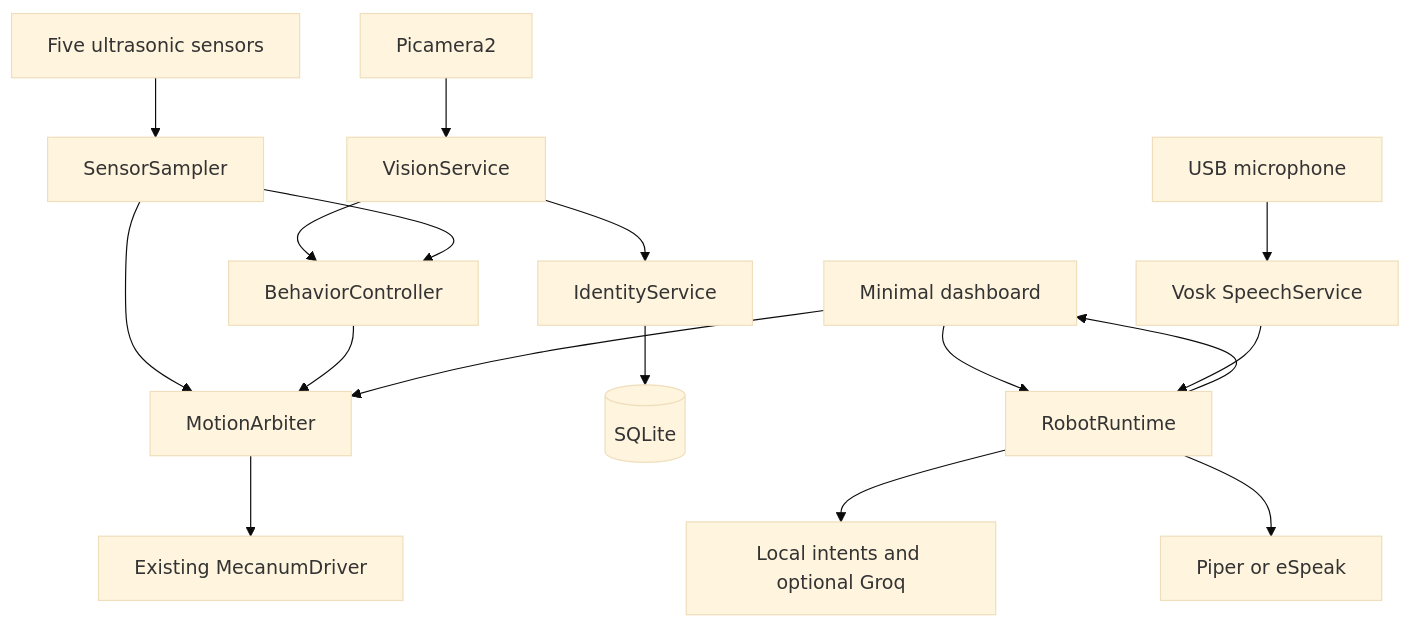
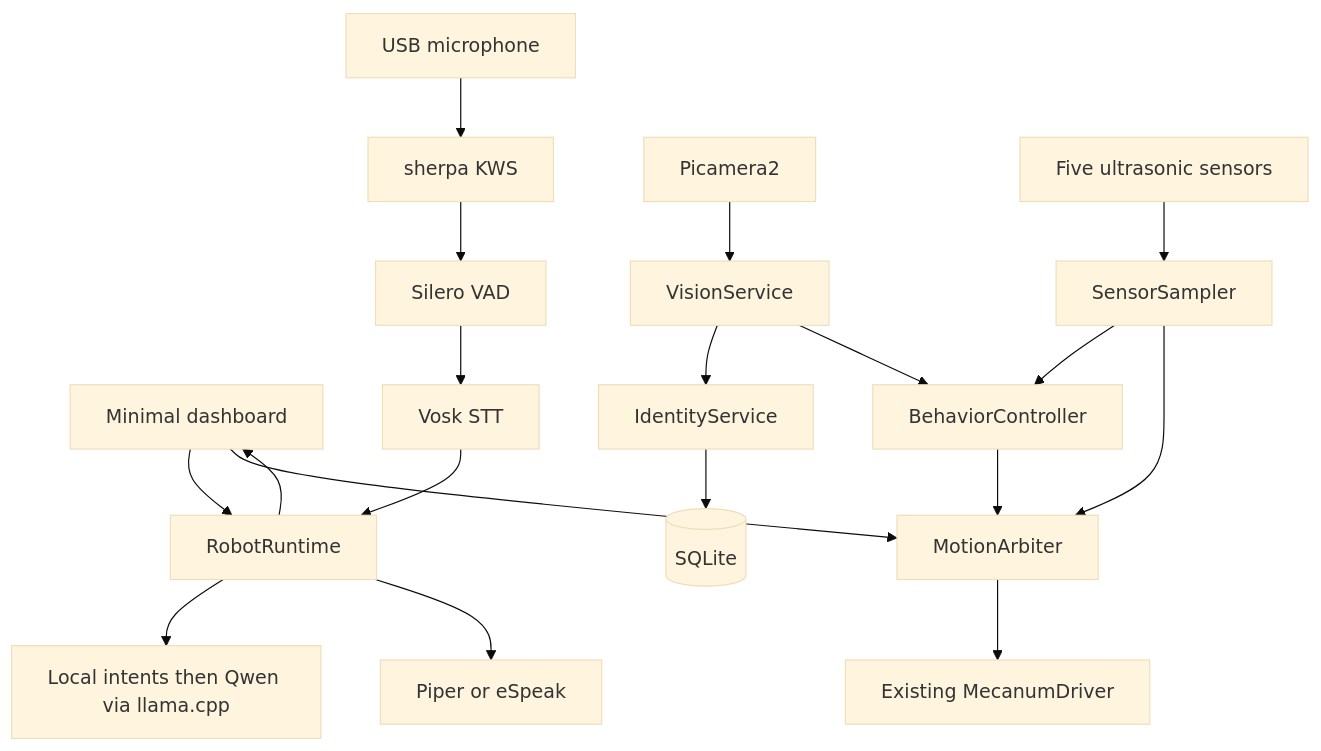
The diagram in docs/EVALUATION_ARCHITECTURE.md (AshfakAhmath/AURUS-3.0), drawn with Mermaid (base theme) before and after one commit. The commit also changed other lines of this file and 27 other files, not shown here.

````diff
--- a/docs/EVALUATION_ARCHITECTURE.md
+++ b/docs/EVALUATION_ARCHITECTURE.md
@@ -51,22 +55,24 @@
 ```mermaid
 flowchart TD
     Dashboard[Minimal dashboard] --> Runtime[RobotRuntime]
-    Microphone[USB microphone] --> Speech[Vosk SpeechService]
+    Microphone[USB microphone] --> Wake[sherpa KWS]
+    Wake --> VAD[Silero VAD]
+    VAD --> Speech[Vosk STT]
     Speech --> Runtime
-    Runtime --> Conversation[Local intents and optional Groq]
+    Runtime --> Conversation[Local intents then Qwen via llama.cpp]
     Runtime --> TTS[Piper or eSpeak]
 
     Camera[Picamera2] --> Vision[VisionService]
     Vision --> Identity[IdentityService]
     Identity --> DB[(SQLite)]
     Vision --> Behavior[BehaviorController]
 
     Ultrasonic[Five ultrasonic sensors] --> Sampler[SensorSampler]
     Sampler --> Behavior
     Sampler --> Arbiter[MotionArbiter]
     Behavior --> Arbiter
     Dashboard --> Arbiter
     Arbiter --> Motors[Existing MecanumDriver]
 
     Runtime --> Dashboard
 ```
````
